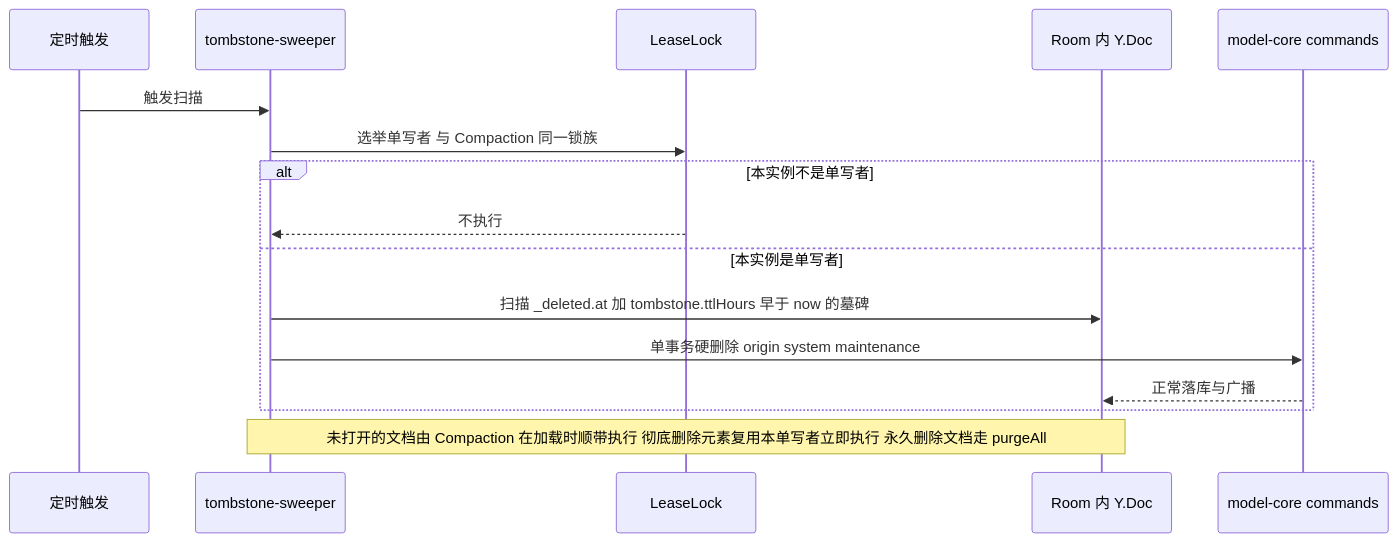
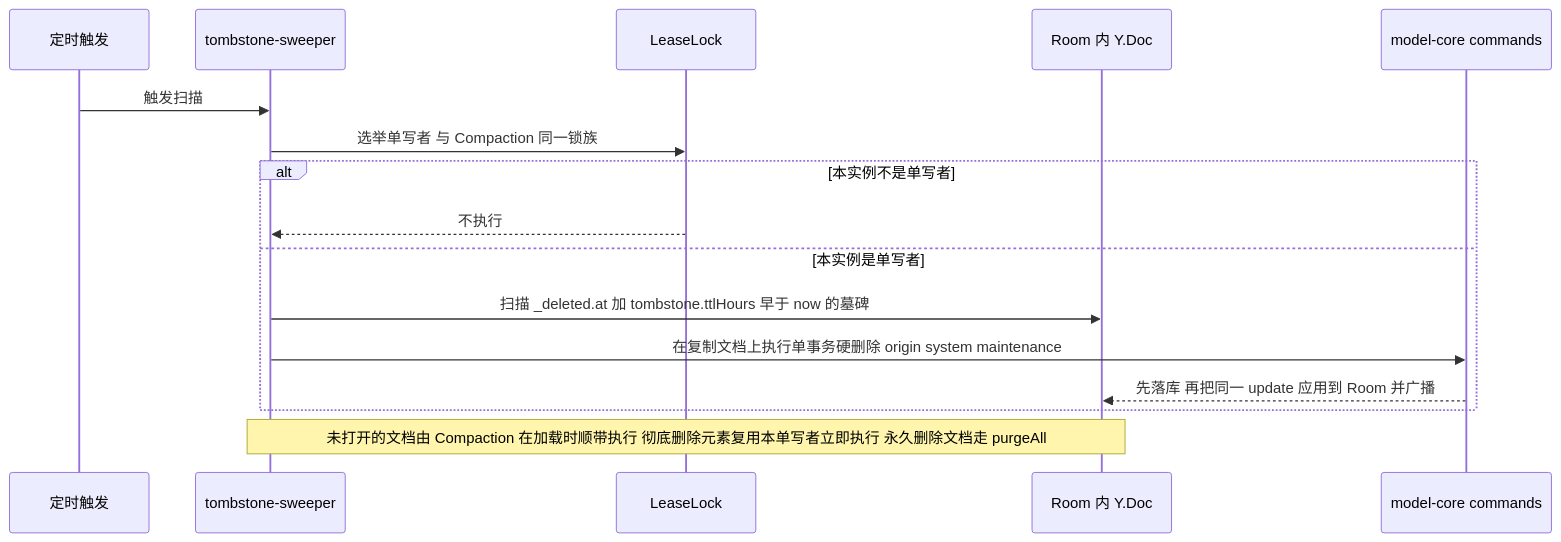
The eighth of 11 diagrams in docs/40-modules/09-server-collab-gateway-and-headless-host.md (Xeonice/cordis-ppt-editor), drawn with Mermaid before and after one commit. The commit also changed other lines of this file and 78 other files, not shown here.

````diff
--- a/docs/40-modules/09-server-collab-gateway-and-headless-host.md
+++ b/docs/40-modules/09-server-collab-gateway-and-headless-host.md
@@ -397,18 +405,18 @@
 ```mermaid
 sequenceDiagram
   participant timer as 定时触发
   participant sweeper as tombstone-sweeper
   participant lease as LeaseLock
   participant room as Room 内 Y.Doc
   participant cmds as model-core commands
   timer->>sweeper: 触发扫描
   sweeper->>lease: 选举单写者 与 Compaction 同一锁族
   alt 本实例不是单写者
     lease-->>sweeper: 不执行
   else 本实例是单写者
     sweeper->>room: 扫描 _deleted.at 加 tombstone.ttlHours 早于 now 的墓碑
-    sweeper->>cmds: 单事务硬删除 origin system maintenance
-    cmds-->>room: 正常落库与广播
+    sweeper->>cmds: 在复制文档上执行单事务硬删除 origin system maintenance
+    cmds-->>room: 先落库 再把同一 update 应用到 Room 并广播
   end
   Note over sweeper,room: 未打开的文档由 Compaction 在加载时顺带执行 彻底删除元素复用本单写者立即执行 永久删除文档走 purgeAll
 ```
````
